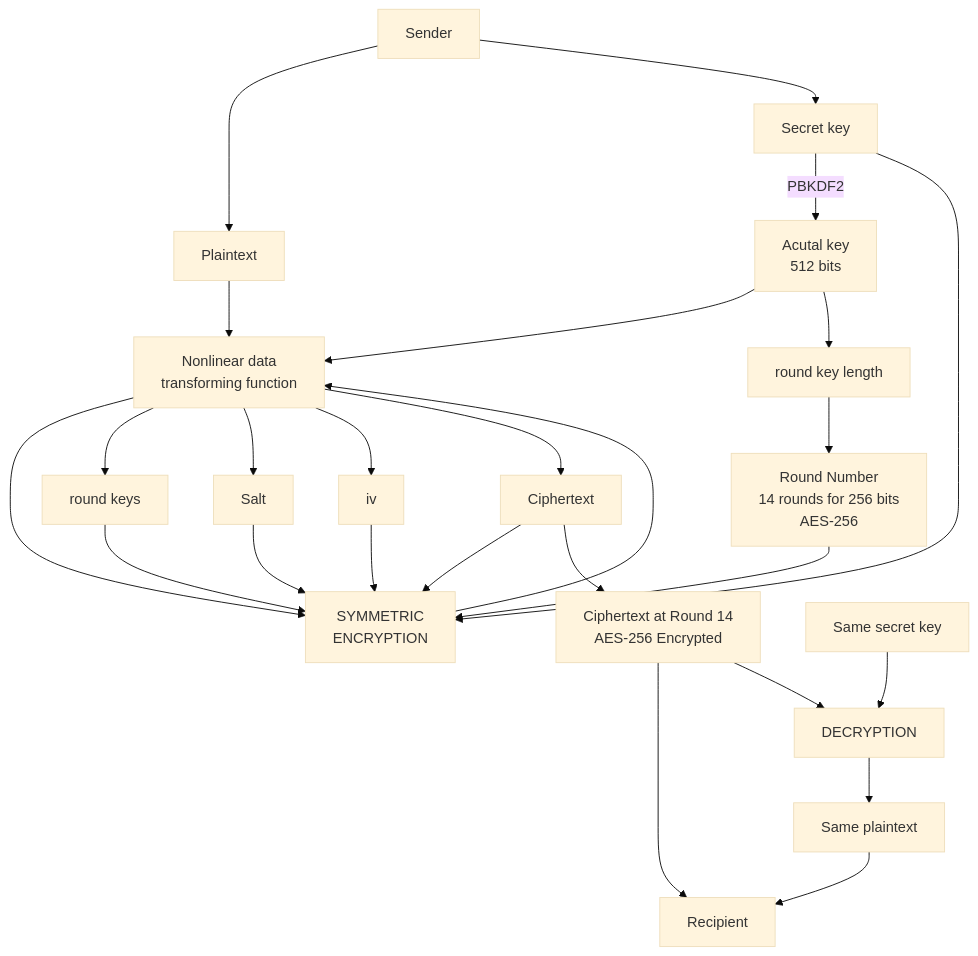
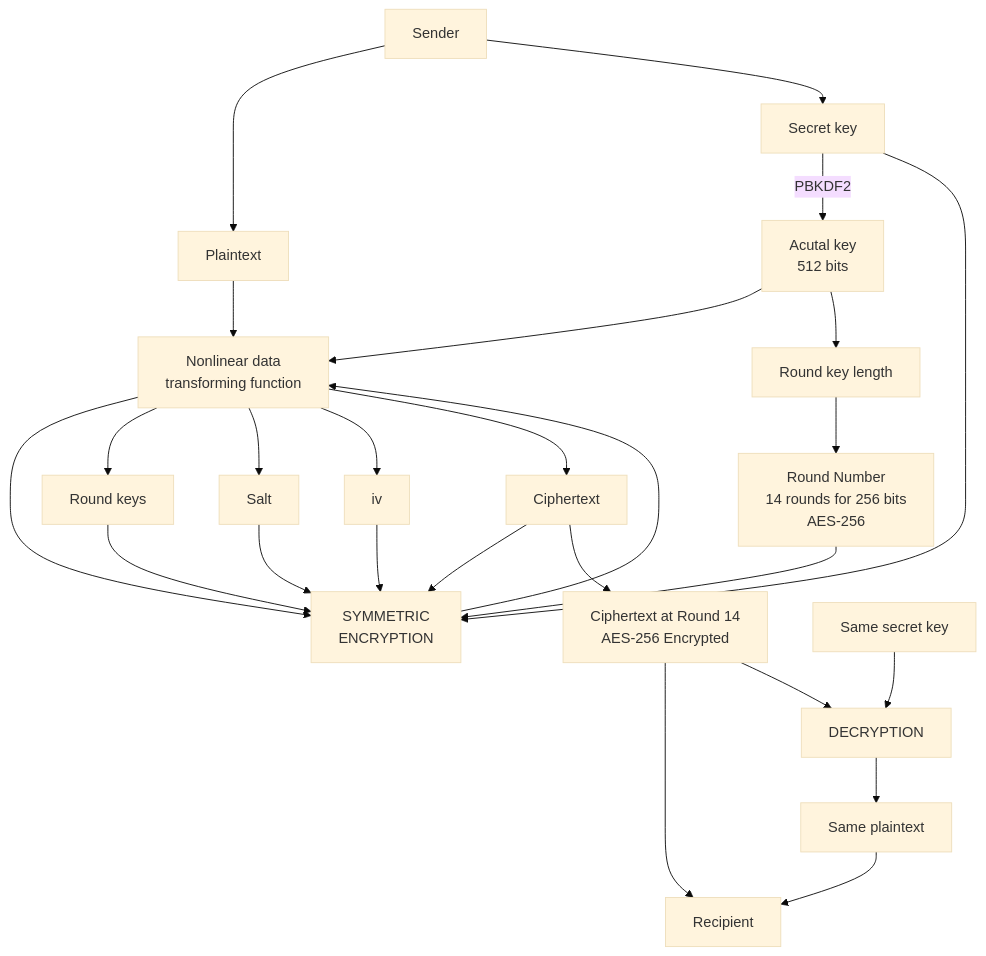
Before and after one commit to Kietpawpan/encryption: the diagram in README.md, drawn with Mermaid (base theme).

````diff
--- a/README.md
+++ b/README.md
@@ -5,17 +5,17 @@
 ```mermaid
 flowchart TD
     A[Sender] --> B[Plaintext]-->FC
     C[Secret key]--PBKDF2-->AK[Acutal key\n512 bits]-->FC-->D[SYMMETRIC\nENCRYPTION]-->FC
     FN[Ciphertext at Round 14\nAES-256 Encrypted]-->F[Recipient]
     C2[Same secret key]-->G[DECRYPTION]-->I[Same plaintext]-->F
      FN-->G
 A-->C-->D
-RK[round keys]-->D
-AK-->RKL[round key length]-->RN[Round Number\n14 rounds for 256 bits\nAES-256]-->D
+RK[Round keys]-->D
+AK-->RKL[Round key length]-->RN[Round Number\n14 rounds for 256 bits\nAES-256]-->D
 FC[Nonlinear data \ntransforming function]
 FC-->RK
 FC-->SL[Salt]-->D
 FC-->iv[iv]-->D
 FC-->CFT[Ciphertext]-->D
 CFT-->FN
 ```
````
